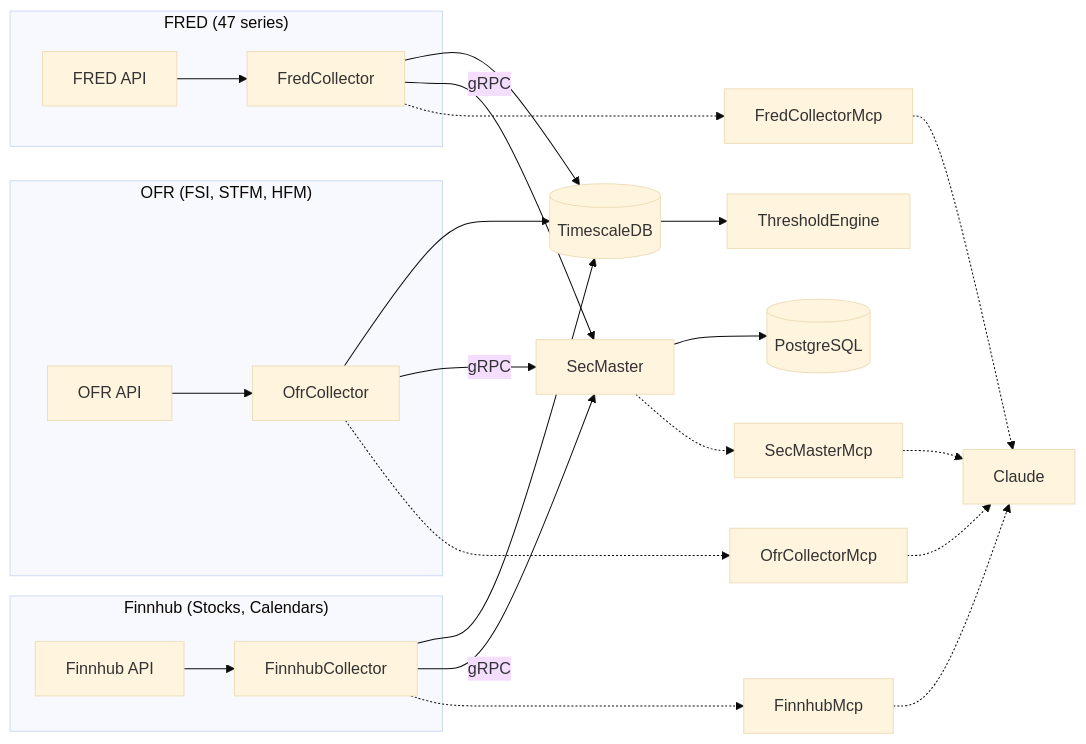
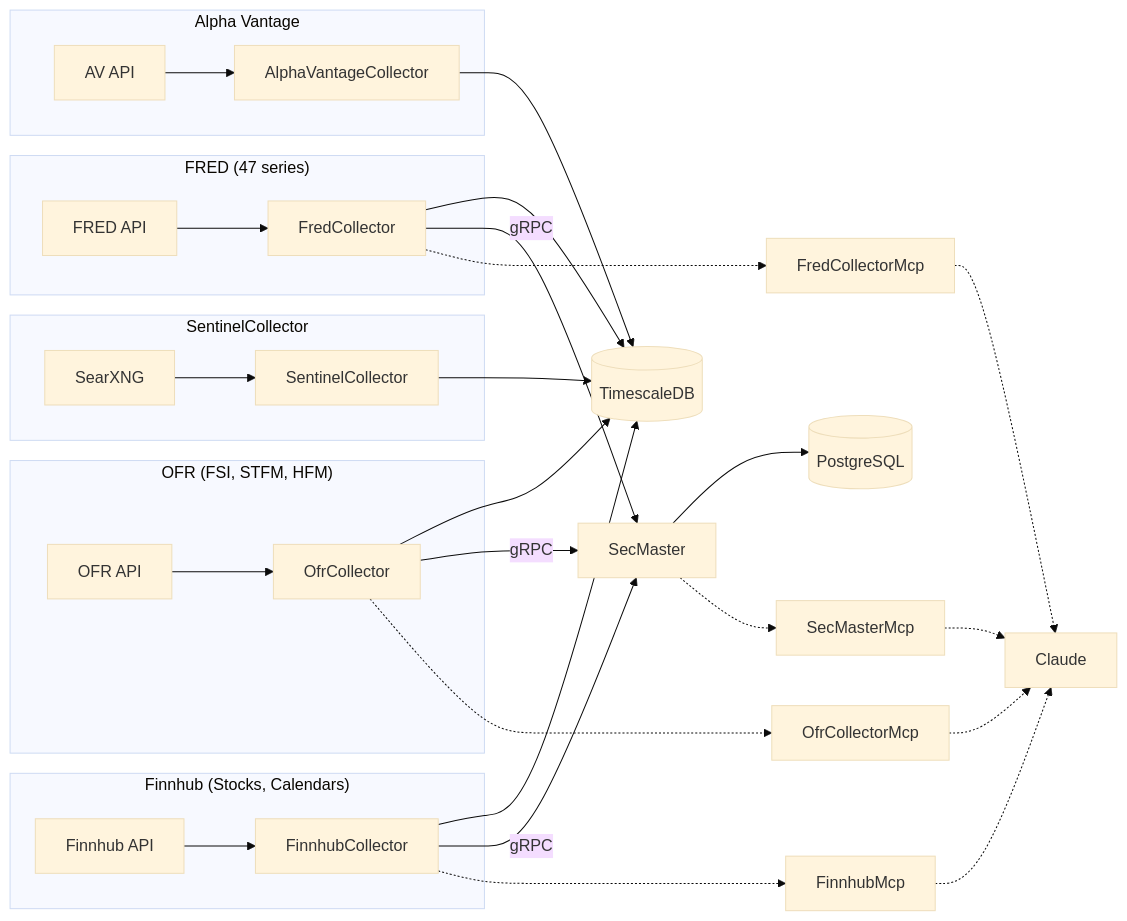
One commit to jpansarasa/ATLAS-Docs changed the third of 4 diagrams in docs/ARCHITECTURE.md. Above: the diagram before and after it, drawn with Mermaid (base theme). The commit also changed other lines of this file and 4 other files, not shown here.

````diff
--- a/docs/ARCHITECTURE.md
+++ b/docs/ARCHITECTURE.md
@@ -168,35 +192,43 @@
 ```mermaid
 flowchart LR
     subgraph FRED["FRED (47 series)"]
         FA[FRED API] --> FC[FredCollector]
+    end
+
+    subgraph AV["Alpha Vantage"]
+        AVA[AV API] --> AVC[AlphaVantageCollector]
     end
 
     subgraph OFR["OFR (FSI, STFM, HFM)"]
         OA[OFR API] --> OC[OfrCollector]
     end
 
     subgraph Finnhub["Finnhub (Stocks, Calendars)"]
         FHA[Finnhub API] --> FHC[FinnhubCollector]
     end
 
+    subgraph Sentinel["SentinelCollector"]
+        SX[SearXNG] --> SC[SentinelCollector]
+    end
+
     FC --> DB[(TimescaleDB)]
+    AVC --> DB
     OC --> DB
     FHC --> DB
-
-    DB --> TE[ThresholdEngine]
+    SC --> DB
 
     FC -->|gRPC| SM[SecMaster]
     OC -->|gRPC| SM
     FHC -->|gRPC| SM
     SM --> PG[(PostgreSQL)]
 
     FC -.-> FM[FredCollectorMcp]
     OC -.-> OM[OfrCollectorMcp]
     FHC -.-> FHM[FinnhubMcp]
     SM -.-> SMM[SecMasterMcp]
 
     FM -.-> C[Claude]
     OM -.-> C
     FHM -.-> C
     SMM -.-> C
 ```
````
